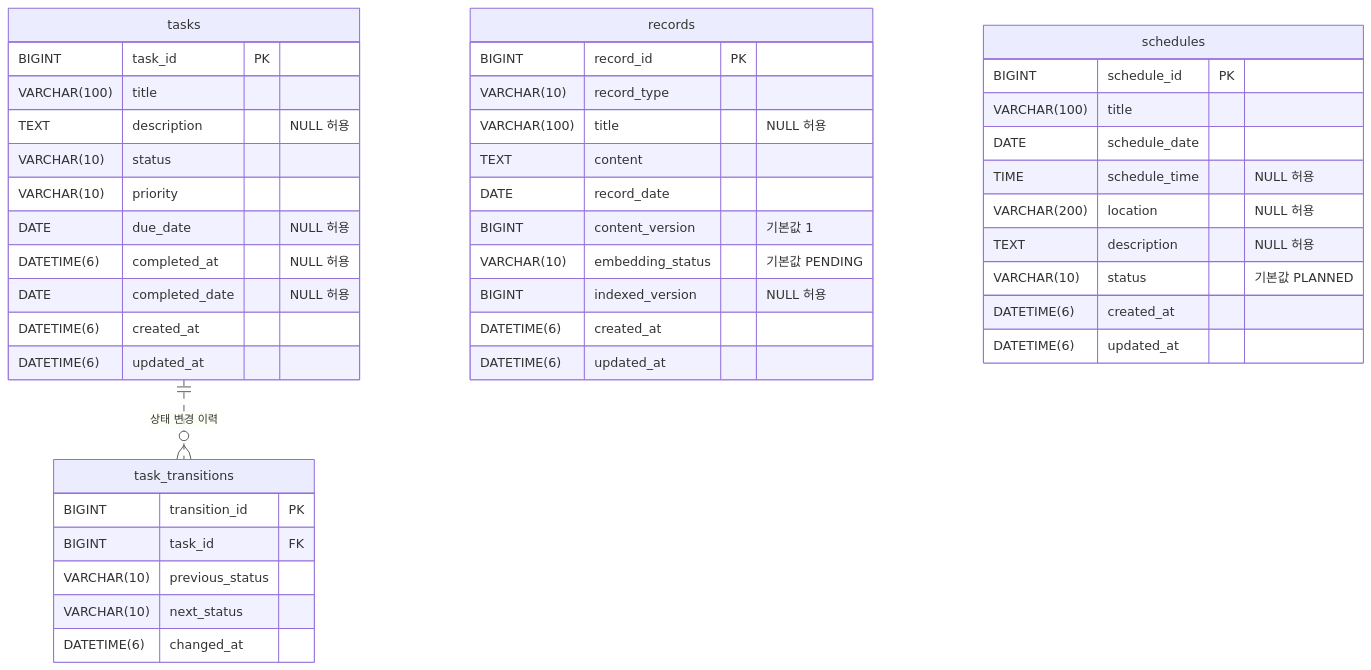
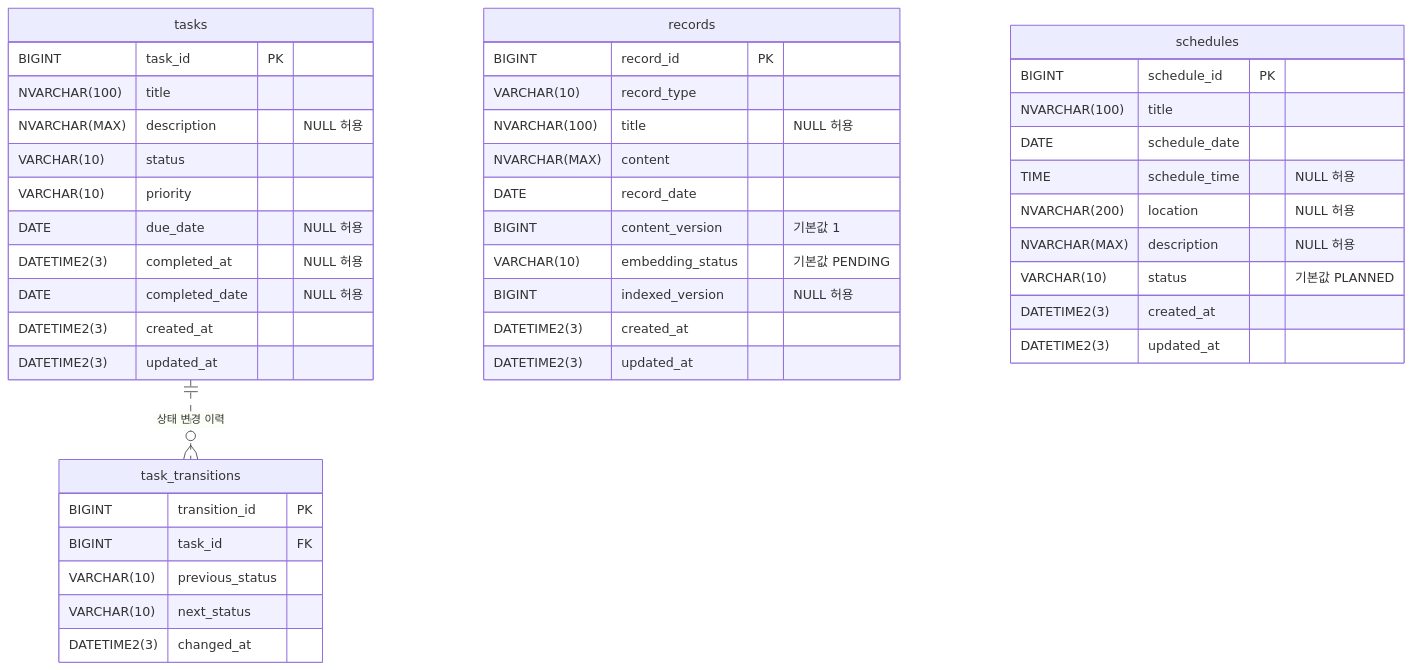
One commit to SON3211111/ttdev changed the diagram in docs/ERD.md. Above: the diagram before and after it, drawn with Mermaid. The commit also changed other lines of this file and 143 other files, not shown here.

````diff
--- a/docs/ERD.md
+++ b/docs/ERD.md
@@ -5,50 +5,50 @@
 ```mermaid
 erDiagram
     tasks ||..o{ task_transitions : "상태 변경 이력"
 
     records {
         BIGINT record_id PK
         VARCHAR(10) record_type
-        VARCHAR(100) title "NULL 허용"
-        TEXT content
+        NVARCHAR(100) title "NULL 허용"
+        NVARCHAR(MAX) content
         DATE record_date
         BIGINT content_version "기본값 1"
         VARCHAR(10) embedding_status "기본값 PENDING"
         BIGINT indexed_version "NULL 허용"
-        DATETIME(6) created_at
-        DATETIME(6) updated_at
+        DATETIME2(3) created_at
+        DATETIME2(3) updated_at
     }
 
     schedules {
         BIGINT schedule_id PK
-        VARCHAR(100) title
+        NVARCHAR(100) title
         DATE schedule_date
         TIME schedule_time "NULL 허용"
-        VARCHAR(200) location "NULL 허용"
-        TEXT description "NULL 허용"
+        NVARCHAR(200) location "NULL 허용"
+        NVARCHAR(MAX) description "NULL 허용"
         VARCHAR(10) status "기본값 PLANNED"
-        DATETIME(6) created_at
-        DATETIME(6) updated_at
+        DATETIME2(3) created_at
+        DATETIME2(3) updated_at
     }
 
     tasks {
         BIGINT task_id PK
-        VARCHAR(100) title
-        TEXT description "NULL 허용"
+        NVARCHAR(100) title
+        NVARCHAR(MAX) description "NULL 허용"
         VARCHAR(10) status
         VARCHAR(10) priority
         DATE due_date "NULL 허용"
-        DATETIME(6) completed_at "NULL 허용"
+        DATETIME2(3) completed_at "NULL 허용"
         DATE completed_date "NULL 허용"
-        DATETIME(6) created_at
-        DATETIME(6) updated_at
+        DATETIME2(3) created_at
+        DATETIME2(3) updated_at
     }
 
     task_transitions {
         BIGINT transition_id PK
         BIGINT task_id FK
         VARCHAR(10) previous_status
         VARCHAR(10) next_status
-        DATETIME(6) changed_at
+        DATETIME2(3) changed_at
     }
 ```
````
